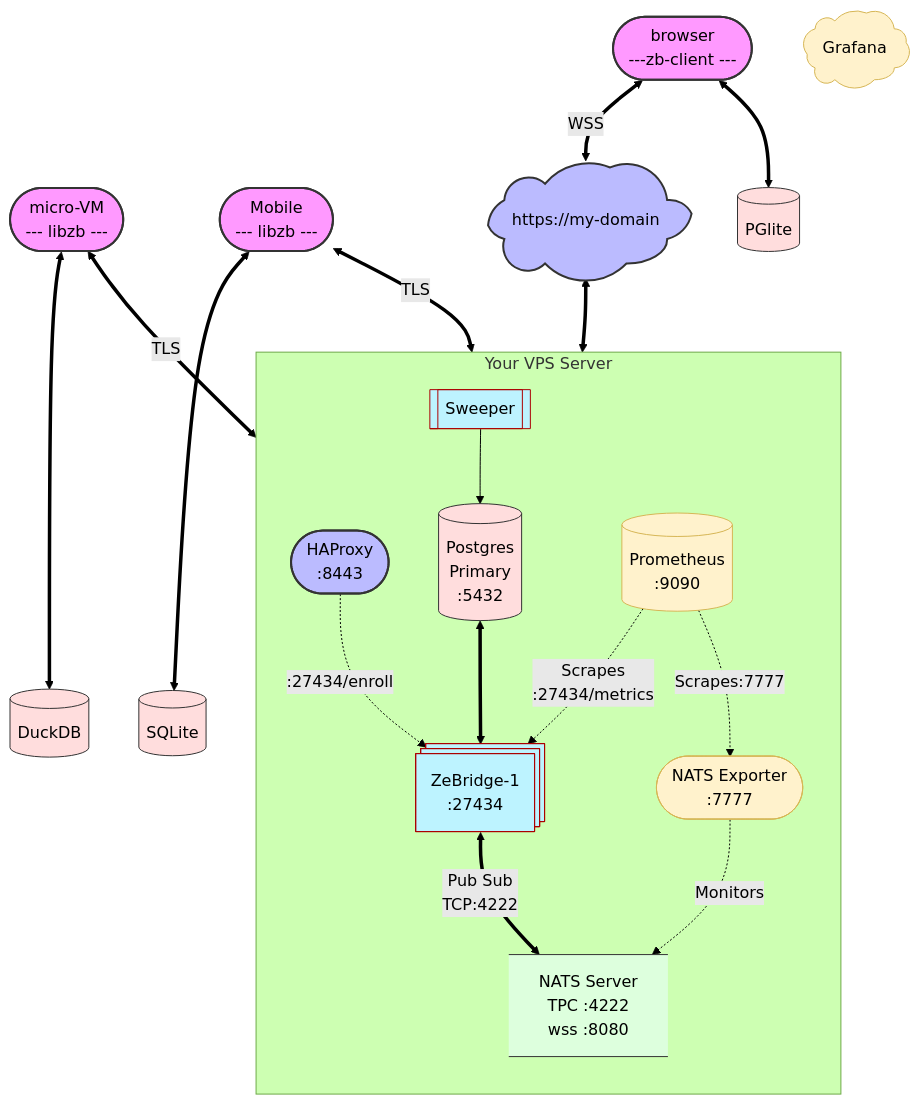
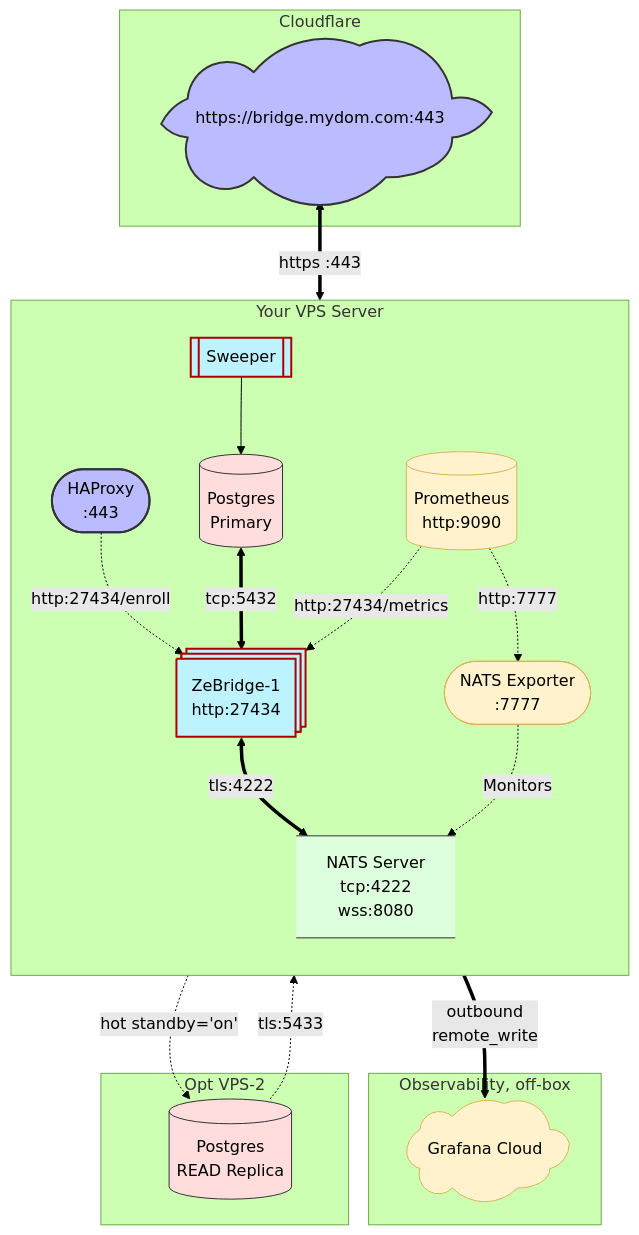
One commit to ndrean/ZeBridge changed the second of 3 diagrams in README.md. Above: the diagram before and after it, drawn with Mermaid (forest theme). The commit also changed other lines of this file and 1 other file, not shown here.

Commit message:
README: the Architecture Example matches the deployed topology; haproxy.cfg ping comment
The two diagrams and the routing prose now agree with proxy/haproxy.cfg and
nats-server.conf.template: HAProxy on :443 (the section said :8443),
browsers on wss://ws.mydom.com through Cloudflare with an Origin Rule to
8080 (the reason stated: 8080 is a plain-HTTP port at the edge), the
firewall rule that proxying makes possible, nats.mydom.com DNS-only on 4222
with a publicly-trusted certificate, and the 100 s idle cap answered by the
server's ping_interval: 45s -- no client needs configuring.

Diagram fixes found by rendering: the /enroll arrow pointed from the bridge
to HAProxy; remote_write pointed from Grafana to Prometheus; Grafana was drawn
inside the VPS box; one grey cloud carried both an Origin Rule and "DNS only";
the browser's wss edge crossed the grey cloud. Two mermaid classDefs had
stroke-with / strocke-width and silently dropped the stroke. Typos.

haproxy.cfg: the nats-server comment said ping_interval 30s / ping_max 3; the
template sets 45s and nothing else.

Claude-Session: https://claude.ai/code/session_01ScqRrb1UvuFCwy26GTX7hf

````diff
--- a/README.md
+++ b/README.md
@@ -255,86 +255,57 @@
 ```mermaid
 
 graph TD
-    %% Styling and Definitions
     classDef external fill:#f9f,stroke:#333,stroke-width:2px;
     classDef proxy fill:#bbf,stroke:#333,stroke-width:2px;
     classDef internal fill:#dfd,stroke:#333,stroke-width:1px;
     classDef secure fill:#fdd,stroke:#333,stroke-width:1px;
     classDef telemetry fill:#fff2cc,stroke:#d6b656,stroke-width:1px;
-    classDef bridge fill:#bdf3ff,stroke:#ac0100,stroke-with:2px;
+    classDef bridge fill:#bdf3ff,stroke:#ac0100,stroke-width:2px;
     classDef maybe_external fill:#dfd,stroke:#333,stroke-width:2px,stroke-dasharray: 5 5;
 
-    %% External Clients
-    MicroVM([micro-VM<br> --- libzb ---]):::external
-    UserBrowser([browser <br> ---zb-client ---]):::external
-    UserMobile([Mobile <br> --- libzb --- ]):::external
+    subgraph Edge [Cloudflare]
+      CF([https://bridge.mydom.com:443]):::proxy
+      CF@{ shape: cloud}
+    end
 
-    LocalDuckDB[(DuckDB)]:::secure
-    LocalSQLite[(SQLite)]:::secure
-    LocalPGlite[(PGlite)]:::secure
+    subgraph Obs [Observability, off-box]
+      Grafana([Grafana Cloud]):::telemetry
+      Grafana@{ shape: cloud}
+    end
 
-    Grafana([Grafana]):::telemetry
-    Grafana@{ shape: cloud}
+    subgraph VPS-2 [Opt VPS-2]
+      PGREP[(Postgres<br>READ Replica)]:::secure
+    end
 
-    %% External Connections to Cloudflare
-    %%CF <==> |:8080 browser| NATS
-    MicroVM <==>LocalDuckDB
-    %%PG -->|hot standby| PGREP
-    UserBrowser <==>|WSS| CF
-    UserBrowser <==>LocalPGlite
-    UserMobile <==> |TLS| NATS
-    MicroVM <==> |TLS| NATS
-    UserMobile <==>LocalSQLite
-    %%UserBrowser --> CF
-    %%UserMobile --> CF
-    %%MicroVM --> CF
-
-
-    %% Cloudflare Edge
-    %% subgraph Cloudflare_Network  [Cloudflare Edge Proxy]
-        CF([https://my-domain]):::proxy
-        CF@{ shape: cloud}
-    %% end 
-    %%subgraph VPS-2 [Optional VPS-2]
-      %%PGREP[(Postgres<br>Replica <br>hot_standby = on)]:::secure
-    %%end
 
     %% VPS Boundary
     subgraph VPS [Your VPS Server]
         direction TB
         
-        HA([HAProxy<br>:8443]):::proxy
+        HA([HAProxy<br>:443]):::proxy
         %% Internal Apps
-        Prom[(Prometheus<br> :9090)]:::telemetry
+        Prom[(Prometheus<br>http:9090)]:::telemetry
         NatsExp([NATS Exporter<br>:7777]):::telemetry
-        Bridge[[ZeBridge-1<br> :27434]]:::bridge
+        Bridge[[ZeBridge-1<br> http:27434]]:::bridge
         Bridge@{shape: st-rect}
-        PG[(Postgres<br>Primary <br> :5432)]:::secure
-        NATS[NATS Server<br> TPC :4222 <br> wss :8080]:::internal
+        PG[(Postgres<br>Primary)]:::secure
+        NATS[NATS Server<br> tcp:4222 <br> wss:8080]:::internal
         NATS@{shape: data-store}
         
-        %% Telemetry & Monitoring Stack
-        HA -.->|:27434/enroll| Bridge
+        %% TLS termination for the bridge's HTTP surface
+        HA -.->|http:27434/enroll| Bridge
         
         Sweeper[[Sweeper]]:::bridge
     end
 
-
-    %% Cloudflare to HAProxy Subdomain Routing
-    CF <==> HA
-
-    %% Internal Component Dependencies
-    %%PG ==>|R|Bridge
-    PG <==> Bridge
-    Bridge <==>|Pub Sub  <br> TCP:4222| NATS
+    PG -.->|hot standby='on'| PGREP
+    CF <==> |https :443| HA
+    Prom ==> |outbound<br>remote_write| Grafana
+    PGREP -.->|tls:5433| Bridge
+    PG <==> |tcp:5432| Bridge
+    Bridge <==>|tls:4222| NATS
     Sweeper -->PG
-    
-    %% HAProxy Internal Layer 7 Routing
-    %%HA <==>|wss://localhost:8080| NATS
-
-    %% Telemetry Data Flow
-    %%Prom -.-> |remote_writer| Grafana
-    Prom -.->|Scrapes:7777| NatsExp
-    Prom -.->|Scrapes<br>:27434/metrics| Bridge
+    Prom -.->|http:7777| NatsExp
+    Prom -.->|http:27434/metrics| Bridge
     NatsExp -.->|Monitors| NATS
 ```
````
